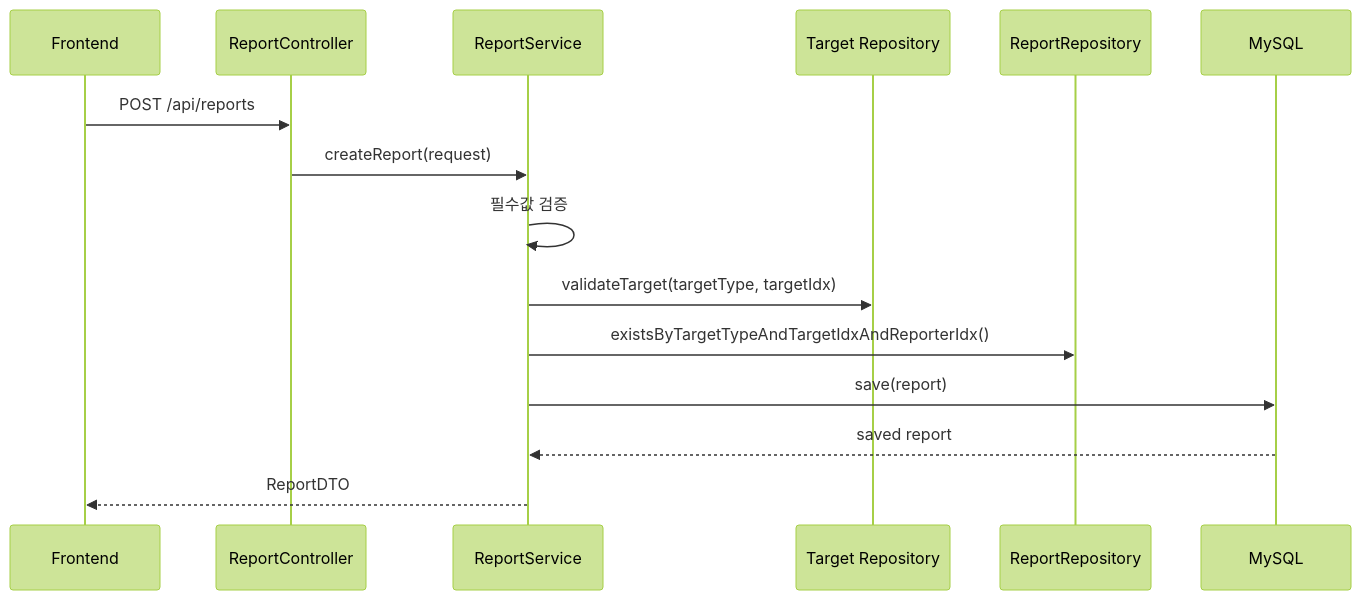
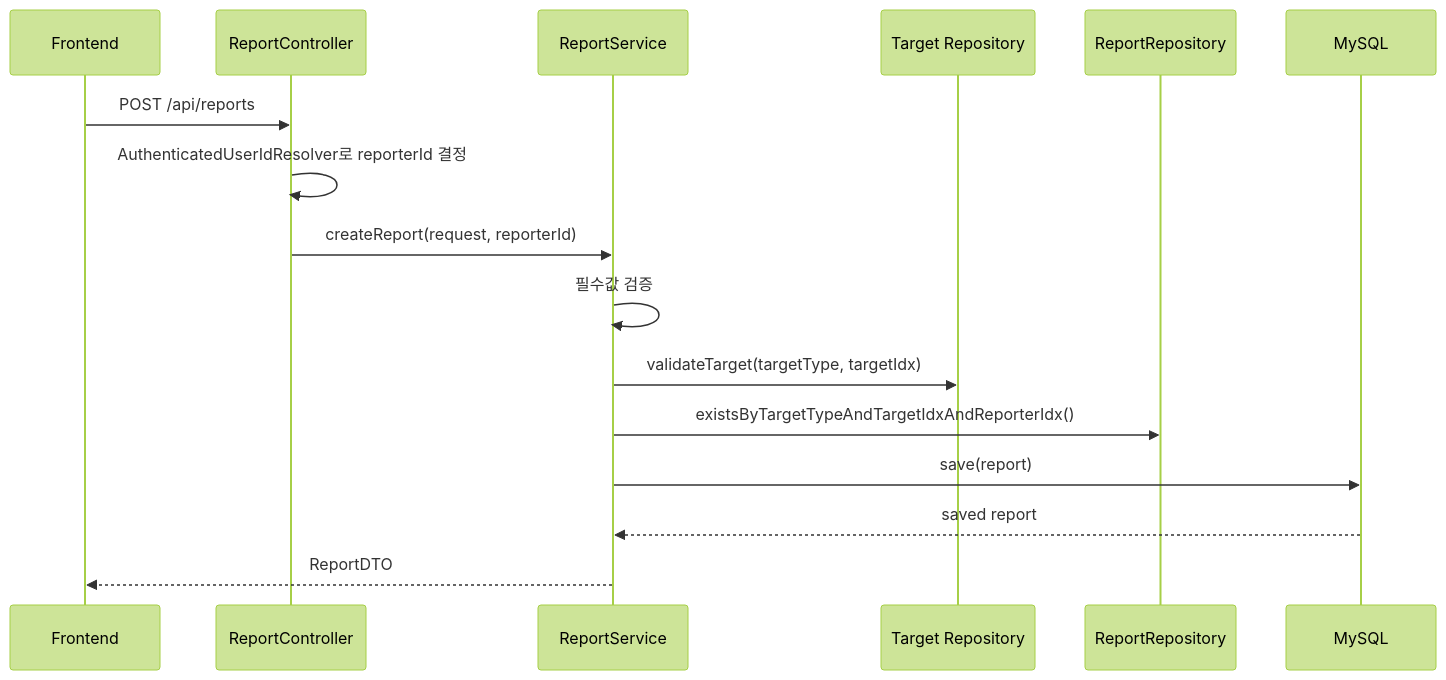
Before and after one commit to makkong1/Petory: the second of 5 diagrams in docs/architecture/report/신고 및 제재 아키텍처.md, drawn with Mermaid (forest theme). The commit also changed other lines of this file and 14 other files, not shown here.

````diff
--- a/docs/architecture/report/신고 및 제재 아키텍처.md
+++ b/docs/architecture/report/신고 및 제재 아키텍처.md
@@ -35,18 +35,19 @@
 ```mermaid
 sequenceDiagram
   participant UI as Frontend
   participant C as ReportController
   participant S as ReportService
   participant T as Target Repository
   participant R as ReportRepository
   participant DB as MySQL
 
   UI->>C: POST /api/reports
-  C->>S: createReport(request)
+  C->>C: AuthenticatedUserIdResolver로 reporterId 결정
+  C->>S: createReport(request, reporterId)
   S->>S: 필수값 검증
   S->>T: validateTarget(targetType, targetIdx)
   S->>R: existsByTargetTypeAndTargetIdxAndReporterIdx()
   S->>DB: save(report)
   DB-->>S: saved report
   S-->>UI: ReportDTO
 ```
````
